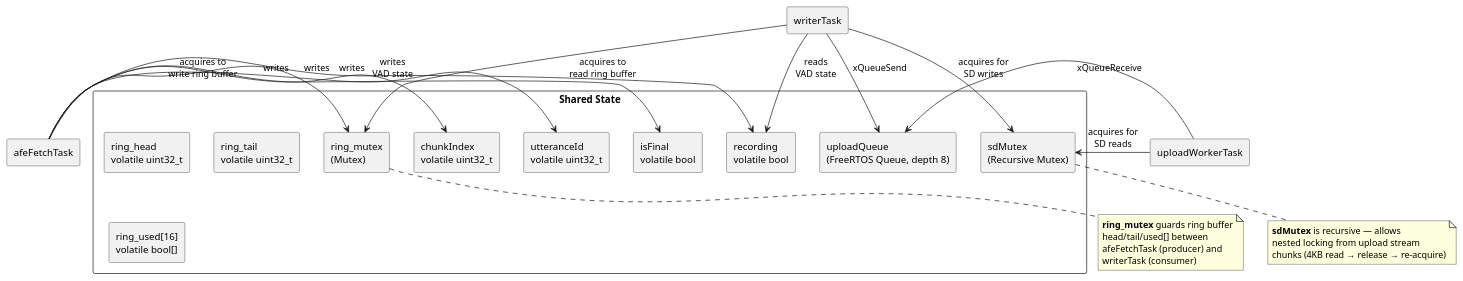
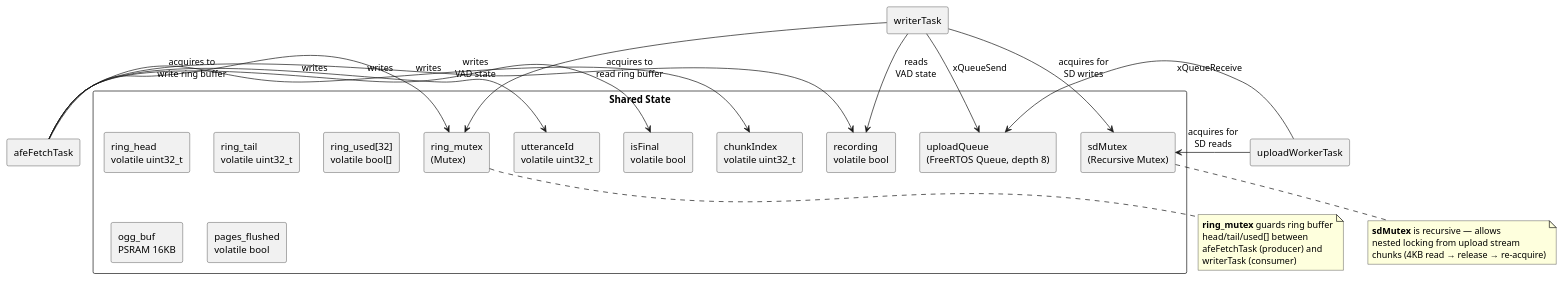
Before and after one commit to dlgreenwald/lifelog: the fourth of 7 diagrams in firmware-ota/ARCHITECTURE.md, drawn with PlantUML. The commit also changed other lines of this file and 2 other files, not shown here.

First line of the commit message:
firmware: defer SD file open until 4KB OGG data accumulated

````diff
--- a/firmware-ota/ARCHITECTURE.md
+++ b/firmware-ota/ARCHITECTURE.md
@@ -210,51 +216,53 @@
 ```plantuml
 @startuml
 skinparam backgroundColor white
 skinparam componentStyle rectangle
 
 rectangle "Shared State" {
   rectangle "sdMutex\n(Recursive Mutex)" as sd_mutex
   rectangle "ring_mutex\n(Mutex)" as ring_mutex
   rectangle "uploadQueue\n(FreeRTOS Queue, depth 8)" as upload_q
 
   rectangle "ring_head\nvolatile uint32_t" as head
   rectangle "ring_tail\nvolatile uint32_t" as tail
-  rectangle "ring_used[16]\nvolatile bool[]" as used
+  rectangle "ring_used[32]\nvolatile bool[]" as used
   rectangle "recording\nvolatile bool" as recording
   rectangle "utteranceId\nvolatile uint32_t" as utt_id
   rectangle "chunkIndex\nvolatile uint32_t" as chunk_idx
   rectangle "isFinal\nvolatile bool" as is_final
+  rectangle "ogg_buf\nPSRAM 16KB" as ogg_buf
+  rectangle "pages_flushed\nvolatile bool" as flushed
 }
 
 rectangle "afeFetchTask" as fetch
 rectangle "writerTask" as writer
 rectangle "uploadWorkerTask" as uploader
 
 fetch -right-> ring_mutex : acquires to\nwrite ring buffer
 fetch -right-> recording : writes\nVAD state
 fetch -right-> utt_id : writes
 fetch -right-> chunk_idx : writes
 fetch -right-> is_final : writes
 
 writer -down-> ring_mutex : acquires to\nread ring buffer
 writer -down-> recording : reads\nVAD state
 writer -down-> sd_mutex : acquires for\nSD writes
 writer -right-> upload_q : xQueueSend
 
 uploader -left-> sd_mutex : acquires for\nSD reads
 uploader -left-> upload_q : xQueueReceive
 
 note bottom of sd_mutex
   **sdMutex** is recursive — allows
   nested locking from upload stream
   chunks (4KB read → release → re-acquire)
 end note
 
 note bottom of ring_mutex
   **ring_mutex** guards ring buffer
   head/tail/used[] between
   afeFetchTask (producer) and
   writerTask (consumer)
 end note
 @enduml
 ```
````
